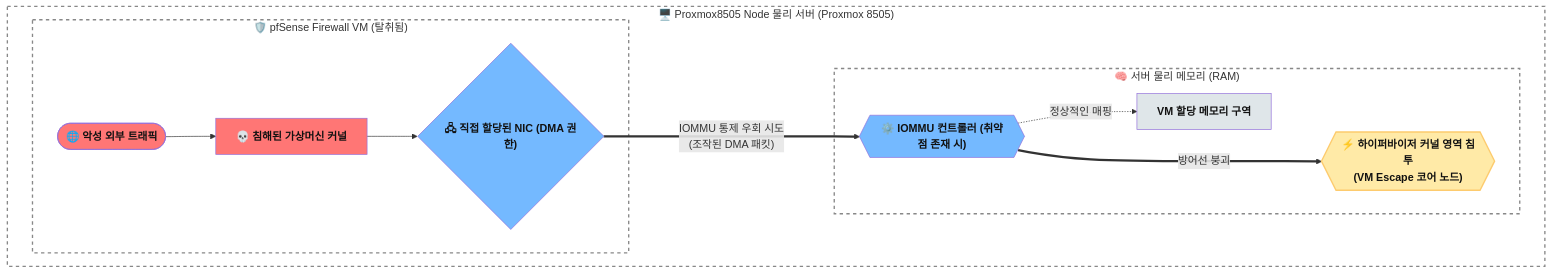
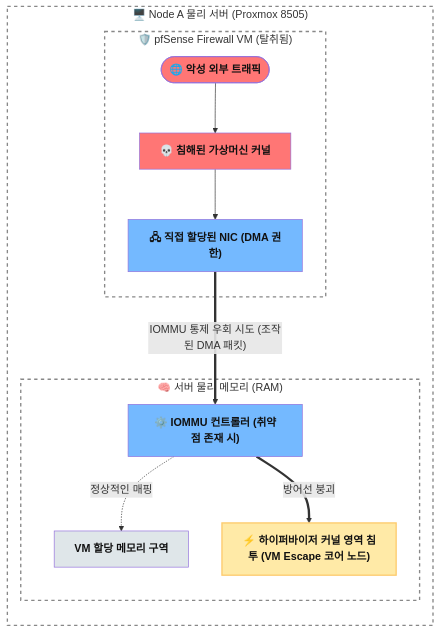
The diagram in _posts/2026-05-05-structural-security-vulnerability-analysis-of-nic-passthrough.md (hwaserbit/hwaserbit.github.io), drawn with Mermaid before and after one commit. The commit also changed other lines of this file, not shown here.

Commit message:
다이어그램이랑 여러 문법 에러 해결

````diff
--- a/_posts/2026-05-05-structural-security-vulnerability-analysis-of-nic-passthrough.md
+++ b/_posts/2026-05-05-structural-security-vulnerability-analysis-of-nic-passthrough.md
@@ -94,29 +94,29 @@
 ```mermaid
-flowchart TD
+flowchart LR
     classDef default fill:#dfe6e9,color:#111,font-weight:bold;
     classDef core fill:#ffeaa7,color:#111,font-weight:bold,stroke:#fdcb6e,stroke-width:2px;
     classDef attacker fill:#ff7675,color:#111,font-weight:bold;
     classDef hardware fill:#74b9ff,color:#111,font-weight:bold;
 
-    subgraph NodeA ["🖥️ Proxmox8505 Node 물리 서버 (Proxmox 8505)"]
-        style NodeA fill:transparent,stroke:#888,stroke-width:2px,stroke-dasharray: 5 5
+    subgraph NodeA ["🖥️ Node A 물리 서버 (Proxmox 8505)"]
+        style NodeA fill:transparent,stroke:#888,stroke-width:2px,stroke-dasharray:5,5
 
         subgraph VM ["🛡️ pfSense Firewall VM (탈취됨)"]
-            style VM fill:transparent,stroke:#888,stroke-width:2px,stroke-dasharray: 5 5
+            style VM fill:transparent,stroke:#888,stroke-width:2px,stroke-dasharray:5,5
             A(["🌐 악성 외부 트래픽"]) --> B["💀 침해된 가상머신 커널"]
-            B --> C{"🖧 직접 할당된 NIC (DMA 권한)"}
+            B --> C["🖧 직접 할당된 NIC (DMA 권한)"]
         end
 
-        C ===>|"IOMMU 통제 우회 시도\n(조작된 DMA 패킷)"| D{{"⚙️ IOMMU 컨트롤러 (취약점 존재 시)"}}
+        C ==>|"IOMMU 통제 우회 시도 (조작된 DMA 패킷)"| D["⚙️ IOMMU 컨트롤러 (취약점 존재 시)"]
 
         subgraph Memory ["🧠 서버 물리 메모리 (RAM)"]
-            style Memory fill:transparent,stroke:#888,stroke-width:2px,stroke-dasharray: 5 5
+            style Memory fill:transparent,stroke:#888,stroke-width:2px,stroke-dasharray:5,5
             D -.->|"정상적인 매핑"| E["VM 할당 메모리 구역"]
-            D ===>|"방어선 붕괴"| F{{"⚡ 하이퍼바이저 커널 영역 침투\n(VM Escape 코어 노드)"}}
+            D ==>|"방어선 붕괴"| F["⚡ 하이퍼바이저 커널 영역 침투 (VM Escape 코어 노드)"]
         end
     end
 
     class A,B attacker;
     class C,D hardware;
     class F core;
 ```
````
